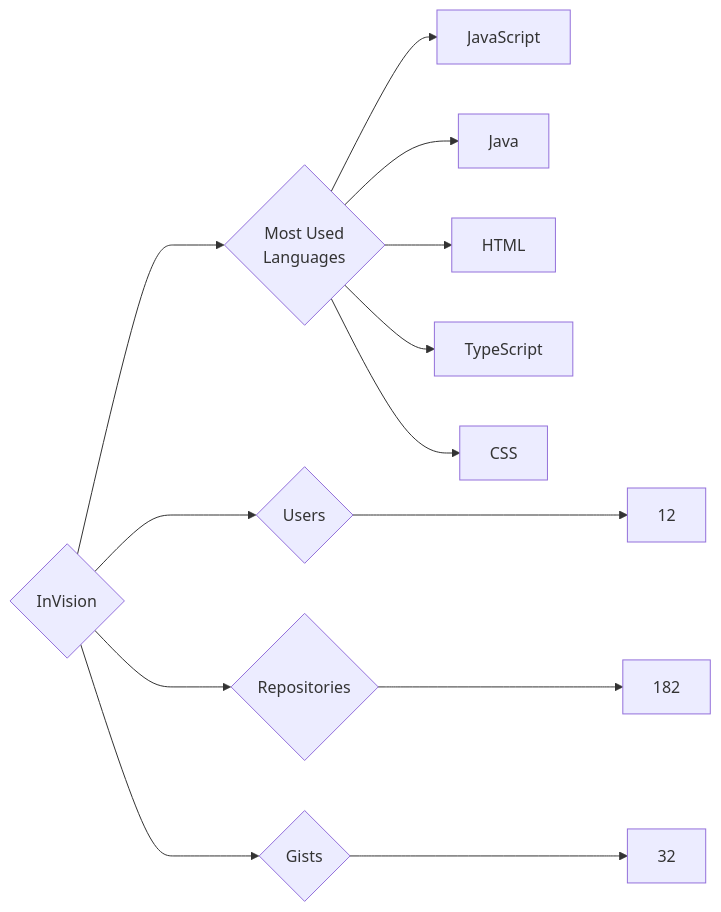
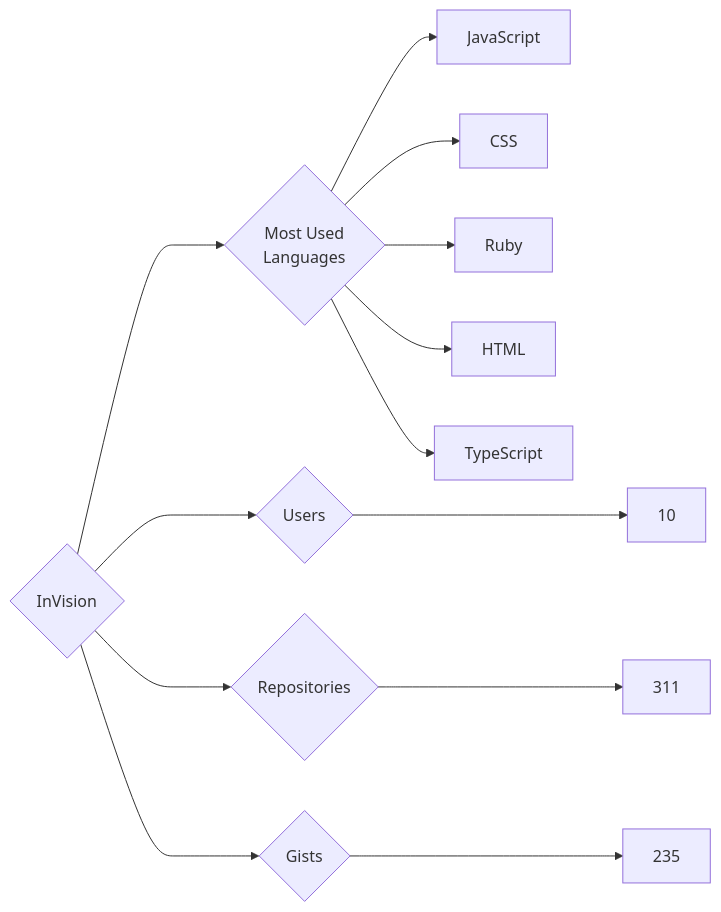
One commit to trickest/insiders changed the diagram in targets/InVision/README.md. Above: the diagram before and after it, drawn with Mermaid. The commit also changed 699 other files, not shown here.

````diff
--- a/targets/InVision/README.md
+++ b/targets/InVision/README.md
@@ -3,13 +3,13 @@
 ```mermaid
 graph LR
 COMPANY_NAME{InVision}
-COMPANY_NAME ---> U{Users} ---> UN[12]
-COMPANY_NAME ---> R{Repositories} ---> RN[182]
-COMPANY_NAME ---> G{Gists} ---> GN[32]
+COMPANY_NAME ---> U{Users} ---> UN[10]
+COMPANY_NAME ---> R{Repositories} ---> RN[311]
+COMPANY_NAME ---> G{Gists} ---> GN[235]
 COMPANY_NAME ---> ML{Most Used<br>Languages}
 ML --> JavaScript[JavaScript]
-ML --> Java[Java]
+ML --> CSS[CSS]
+ML --> Ruby[Ruby]
 ML --> HTML[HTML]
 ML --> TypeScript[TypeScript]
-ML --> CSS[CSS]
 ```
````
